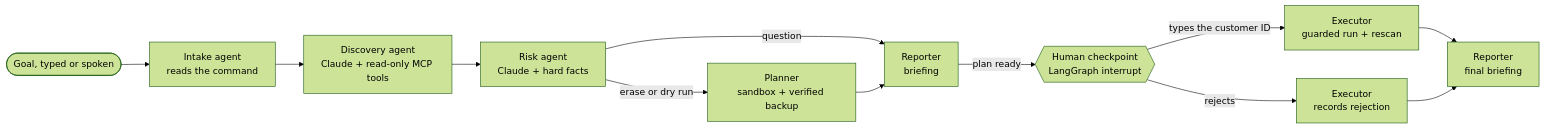
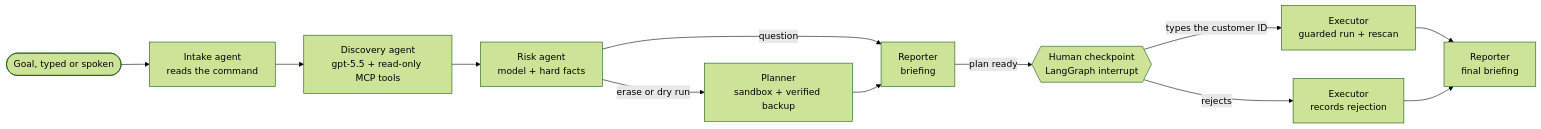
The second of 2 diagrams in README.md (kartikeyajay2006/Wispr_goa_task), drawn with Mermaid (forest theme) before and after one commit. The commit also changed other lines of this file and 4 other files, not shown here.

````diff
--- a/README.md
+++ b/README.md
@@ -91,14 +91,14 @@
 ```mermaid
 flowchart LR
   G([Goal, typed or spoken]) --> I[Intake agent<br/>reads the command]
-  I --> D[Discovery agent<br/>Claude + read-only MCP tools]
-  D --> R[Risk agent<br/>Claude + hard facts]
+  I --> D[Discovery agent<br/>gpt-5.5 + read-only MCP tools]
+  D --> R[Risk agent<br/>model + hard facts]
   R -->|erase or dry run| P[Planner<br/>sandbox + verified backup]
   R -->|question| B1
   P --> B1[Reporter<br/>briefing]
   B1 -->|plan ready| H{{Human checkpoint<br/>LangGraph interrupt}}
   H -->|types the customer ID| X[Executor<br/>guarded run + rescan]
   H -->|rejects| J[Executor<br/>records rejection]
   X --> B2[Reporter<br/>final briefing]
   J --> B2
 ```
````
